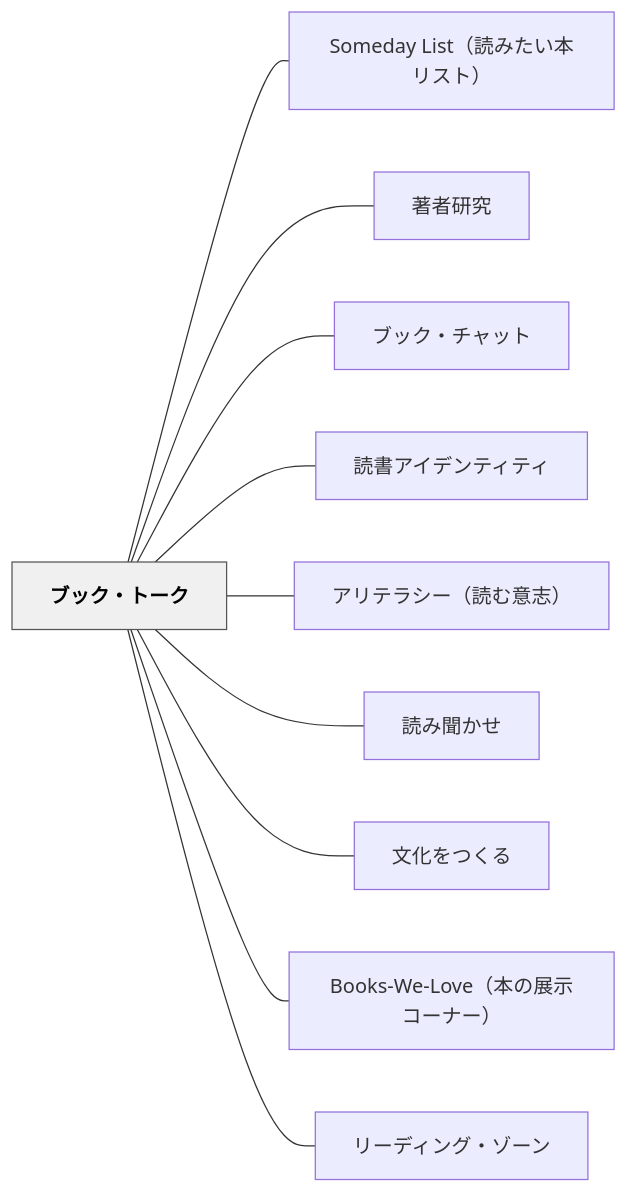
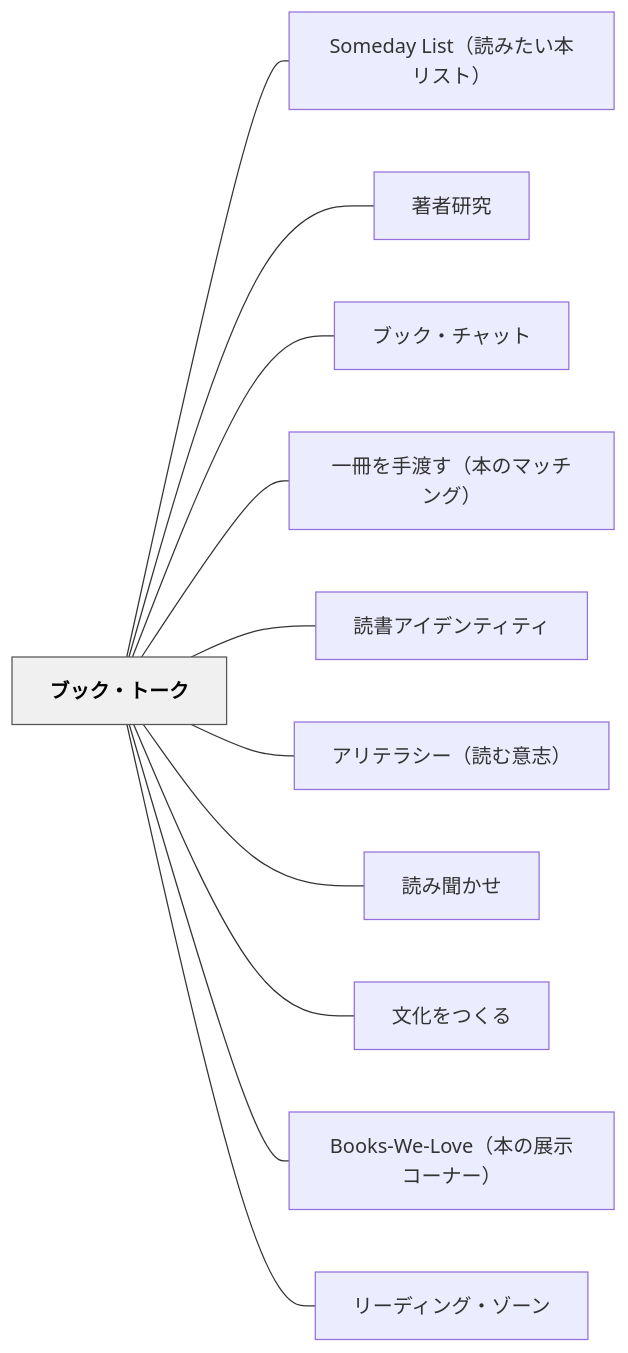
The diagram in content/パタン/ブック・トーク.md (unknownthings-ed-patterns/unknownthings-ed-patterns), drawn with Mermaid before and after one commit. The commit also changed other lines of this file and 15 other files, not shown here.

````diff
--- a/content/パタン/ブック・トーク.md
+++ b/content/パタン/ブック・トーク.md
@@ -103,26 +106,28 @@
 ```mermaid
 flowchart LR
     ne38396e38383e382afe383bbe38388e383bce382af["ブック・トーク"]
     n536f6d65646179204c697374efbc88e8aaade381bfe3819fe38184e69cace383aae382b9e38388efbc89["Someday List（読みたい本リスト）"]
     ne89197e88085e7a094e7a9b6["著者研究"]
     ne38396e38383e382afe383bbe38381e383a3e38383e38388["ブック・チャット"]
+    ne4b880e5868ae38292e6898be6b8a1e38199efbc88e69cace381aee3839ee38383e38381e383b3e382b0efbc89["一冊を手渡す（本のマッチング）"]
     ne8aaade69bb8e382a2e382a4e38387e383b3e38386e382a3e38386e382a3["読書アイデンティティ"]
     ne382a2e383aae38386e383a9e382b7e383bcefbc88e8aaade38280e6848fe5bf97efbc89["アリテラシー（読む意志）"]
     ne8aaade381bfe8819ee3818be3819b["読み聞かせ"]
     ne69687e58c96e38292e381a4e3818fe3828b["文化をつくる"]
     n426f6f6b732d57652d4c6f7665efbc88e69cace381aee5b195e7a4bae382b3e383bce3838ae383bcefbc89["Books-We-Love（本の展示コーナー）"]
     ne383aae383bce38387e382a3e383b3e382b0e383bbe382bee383bce383b3["リーディング・ゾーン"]
 
     ne38396e38383e382afe383bbe38388e383bce382af --- n536f6d65646179204c697374efbc88e8aaade381bfe3819fe38184e69cace383aae382b9e38388efbc89
     ne38396e38383e382afe383bbe38388e383bce382af --- ne89197e88085e7a094e7a9b6
     ne38396e38383e382afe383bbe38388e383bce382af --- ne38396e38383e382afe383bbe38381e383a3e38383e38388
+    ne38396e38383e382afe383bbe38388e383bce382af --- ne4b880e5868ae38292e6898be6b8a1e38199efbc88e69cace381aee3839ee38383e38381e383b3e382b0efbc89
     ne38396e38383e382afe383bbe38388e383bce382af --- ne8aaade69bb8e382a2e382a4e38387e383b3e38386e382a3e38386e382a3
     ne38396e38383e382afe383bbe38388e383bce382af --- ne382a2e383aae38386e383a9e382b7e383bcefbc88e8aaade38280e6848fe5bf97efbc89
     ne38396e38383e382afe383bbe38388e383bce382af --- ne8aaade381bfe8819ee3818be3819b
     ne38396e38383e382afe383bbe38388e383bce382af --- ne69687e58c96e38292e381a4e3818fe3828b
     ne38396e38383e382afe383bbe38388e383bce382af --- n426f6f6b732d57652d4c6f7665efbc88e69cace381aee5b195e7a4bae382b3e383bce3838ae383bcefbc89
     ne38396e38383e382afe383bbe38388e383bce382af --- ne383aae383bce38387e382a3e383b3e382b0e383bbe382bee383bce383b3
 
     classDef hub fill:#f0f0f0,stroke:#555,color:#000,font-weight:bold
     class ne38396e38383e382afe383bbe38388e383bce382af hub
 ```
````
